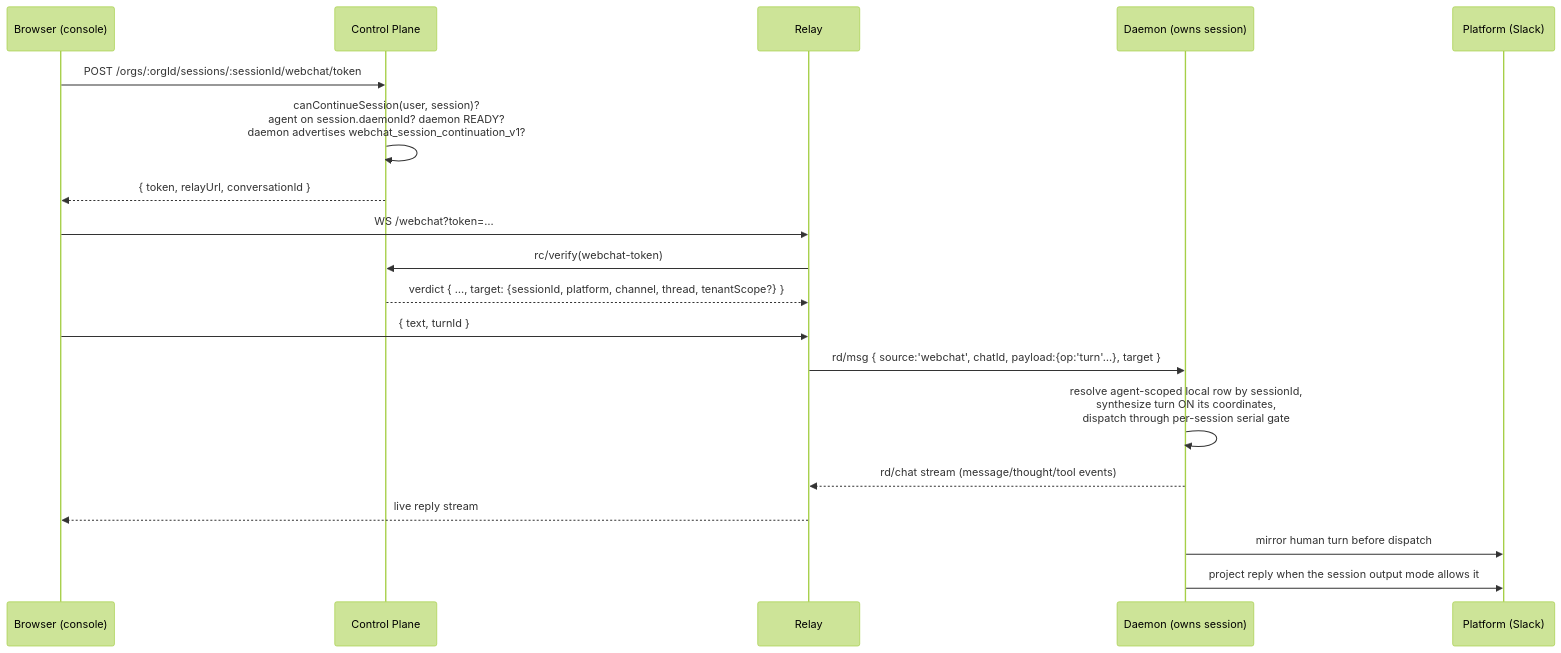
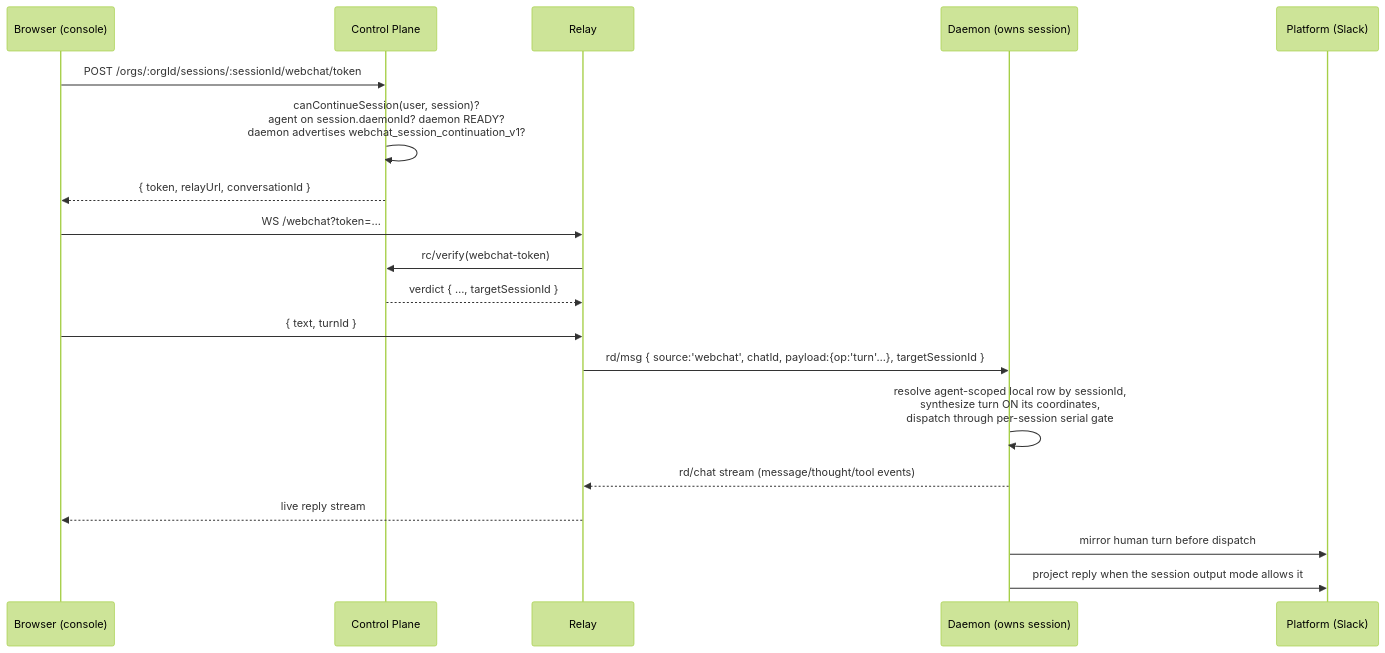
The diagram in docs/designs/webchat-cross-integration-continuation.md (Harbor404/agentconnect), drawn with Mermaid (forest theme) before and after one commit. The commit also changed other lines of this file and 35 other files, not shown here.

````diff
--- a/docs/designs/webchat-cross-integration-continuation.md
+++ b/docs/designs/webchat-cross-integration-continuation.md
@@ -146,22 +146,22 @@
 ```mermaid
 sequenceDiagram
     participant B as Browser (console)
     participant CP as Control Plane
     participant R as Relay
     participant D as Daemon (owns session)
     participant P as Platform (Slack)
 
     B->>CP: POST /orgs/:orgId/sessions/:sessionId/webchat/token
     CP->>CP: canContinueSession(user, session)?<br/>agent on session.daemonId? daemon READY?<br/>daemon advertises webchat_session_continuation_v1?
     CP-->>B: { token, relayUrl, conversationId }
     B->>R: WS /webchat?token=…
     R->>CP: rc/verify(webchat-token)
-    CP-->>R: verdict { …, target: {sessionId, platform, channel, thread, tenantScope?} }
+    CP-->>R: verdict { …, targetSessionId }
     B->>R: { text, turnId }
-    R->>D: rd/msg { source:'webchat', chatId, payload:{op:'turn'…}, target }
+    R->>D: rd/msg { source:'webchat', chatId, payload:{op:'turn'…}, targetSessionId }
     D->>D: resolve agent-scoped local row by sessionId,<br/>synthesize turn ON its coordinates,<br/>dispatch through per-session serial gate
     D-->>R: rd/chat stream (message/thought/tool events)
     R-->>B: live reply stream
     D->>P: mirror human turn before dispatch
     D->>P: project reply when the session output mode allows it
 ```
````
